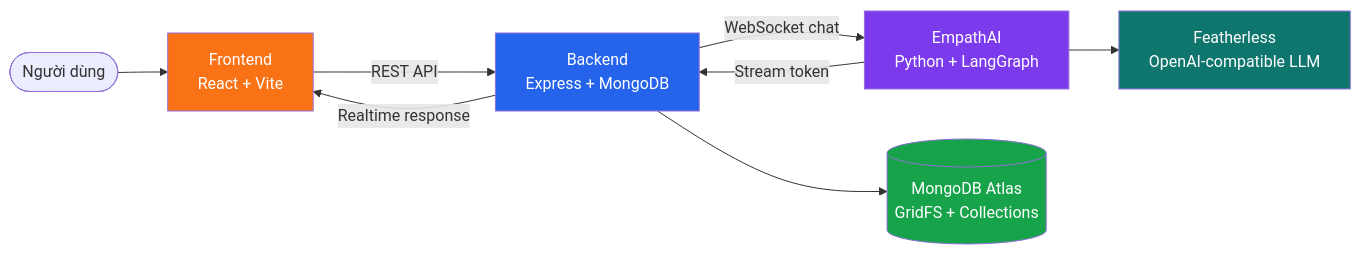
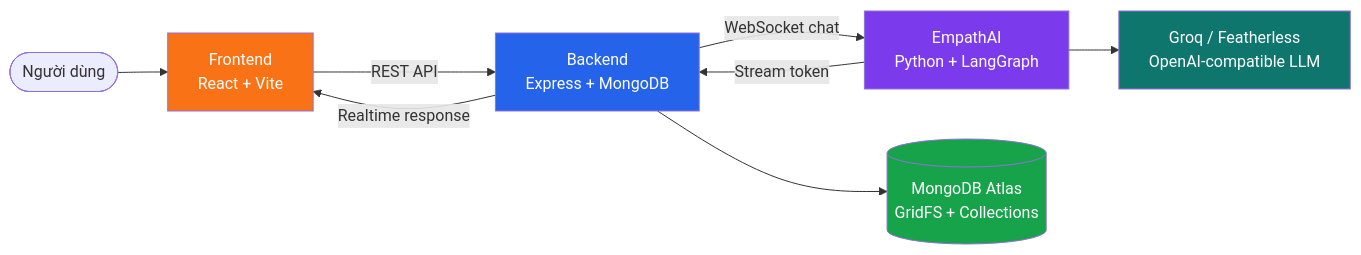
Before and after one commit to QuangVoAI/MilkyBloomVibeCode: the first of 4 diagrams in README.md, drawn with Mermaid. The commit also changed other lines of this file and 8 other files, not shown here.

````diff
--- a/README.md
+++ b/README.md
@@ -48,17 +48,17 @@
 ```mermaid
 flowchart LR
     U([Người dùng]) --> F[Frontend\nReact + Vite]
     F -->|REST API| B[Backend\nExpress + MongoDB]
     B -->|WebSocket chat| A[EmpathAI\nPython + LangGraph]
     A -->|Stream token| B
     B -->|Realtime response| F
 
     B --> M[(MongoDB Atlas\nGridFS + Collections)]
-    A --> L[Featherless\nOpenAI-compatible LLM]
+    A --> L[Groq / Featherless\nOpenAI-compatible LLM]
 
     style F fill:#f97316,color:#fff
     style B fill:#2563eb,color:#fff
     style A fill:#7c3aed,color:#fff
     style M fill:#16a34a,color:#fff
     style L fill:#0f766e,color:#fff
 ```
````
